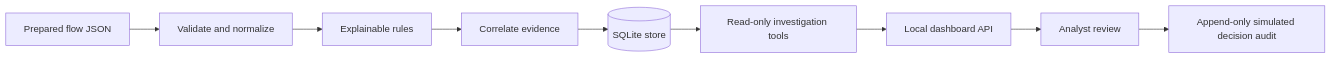
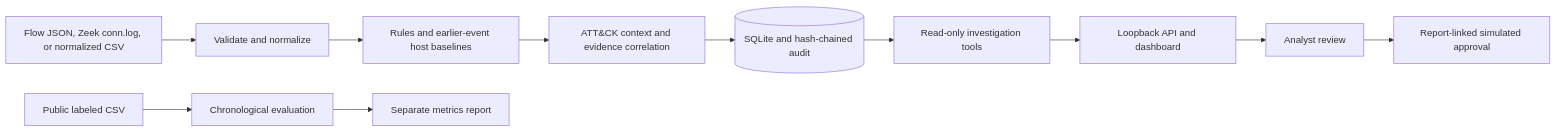
Before and after one commit to nihalmachhi/SentinelMesh: the diagram in README.md, drawn with Mermaid. The commit also changed other lines of this file and 11 other files, not shown here.

````diff
--- a/README.md
+++ b/README.md
@@ -62,11 +49,13 @@
 ```mermaid
 flowchart LR
-    A[Prepared flow JSON] --> B[Validate and normalize]
-    B --> C[Explainable rules]
-    C --> D[Correlate evidence]
-    D --> E[(SQLite store)]
+    A[Flow JSON, Zeek conn.log, or normalized CSV] --> B[Validate and normalize]
+    B --> C[Rules and earlier-event host baselines]
+    C --> D[ATT&CK context and evidence correlation]
+    D --> E[(SQLite and hash-chained audit)]
     E --> F[Read-only investigation tools]
-    F --> G[Local dashboard API]
+    F --> G[Loopback API and dashboard]
     G --> H[Analyst review]
-    H --> I[Append-only simulated decision audit]
+    H --> I[Report-linked simulated approval]
+    J[Public labeled CSV] --> K[Chronological evaluation]
+    K --> L[Separate metrics report]
 ```
````
